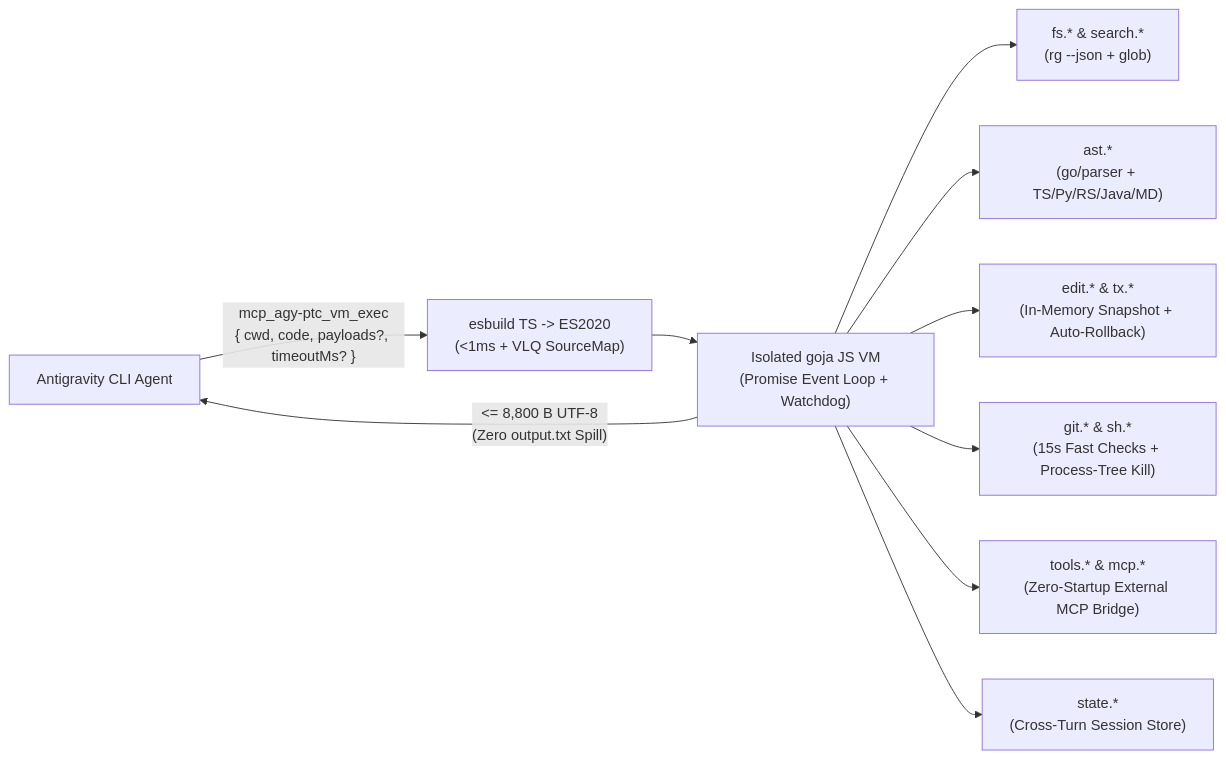
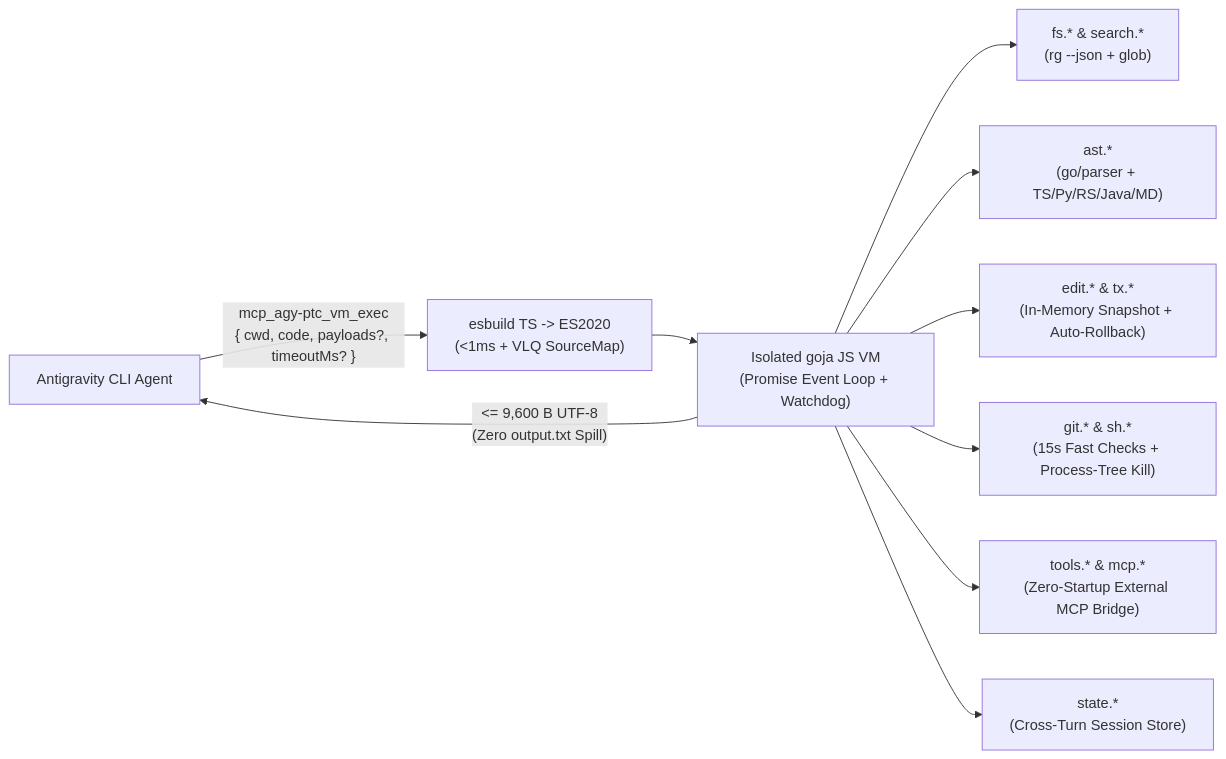
The diagram in README.md (Aliothmoon/agy-ptc), drawn with Mermaid before and after one commit. The commit also changed other lines of this file and 27 other files, not shown here.

````diff
--- a/README.md
+++ b/README.md
@@ -32,12 +32,12 @@
 ```mermaid
 flowchart LR
     Agent["Antigravity CLI Agent"] -->|"mcp_agy-ptc_vm_exec\n{ cwd, code, payloads?, timeoutMs? }"| Compiler["esbuild TS -> ES2020\n(<1ms + VLQ SourceMap)"]
     Compiler --> VM["Isolated goja JS VM\n(Promise Event Loop + Watchdog)"]
     VM --> FS["fs.* & search.*\n(rg --json + glob)"]
     VM --> AST["ast.*\n(go/parser + TS/Py/RS/Java/MD)"]
     VM --> TX["edit.* & tx.*\n(In-Memory Snapshot + Auto-Rollback)"]
     VM --> SH["git.* & sh.*\n(15s Fast Checks + Process-Tree Kill)"]
     VM --> MCP["tools.* & mcp.*\n(Zero-Startup External MCP Bridge)"]
     VM --> ST["state.*\n(Cross-Turn Session Store)"]
-    VM -->|"<= 8,800 B UTF-8\n(Zero output.txt Spill)"| Agent
+    VM -->|"<= 9,600 B UTF-8\n(Zero output.txt Spill)"| Agent
 ```
````
